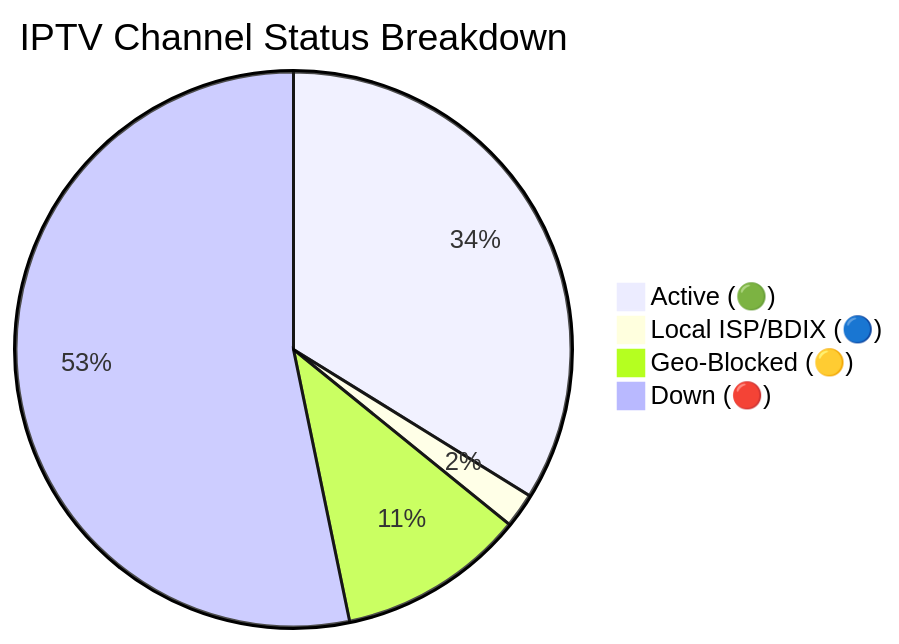
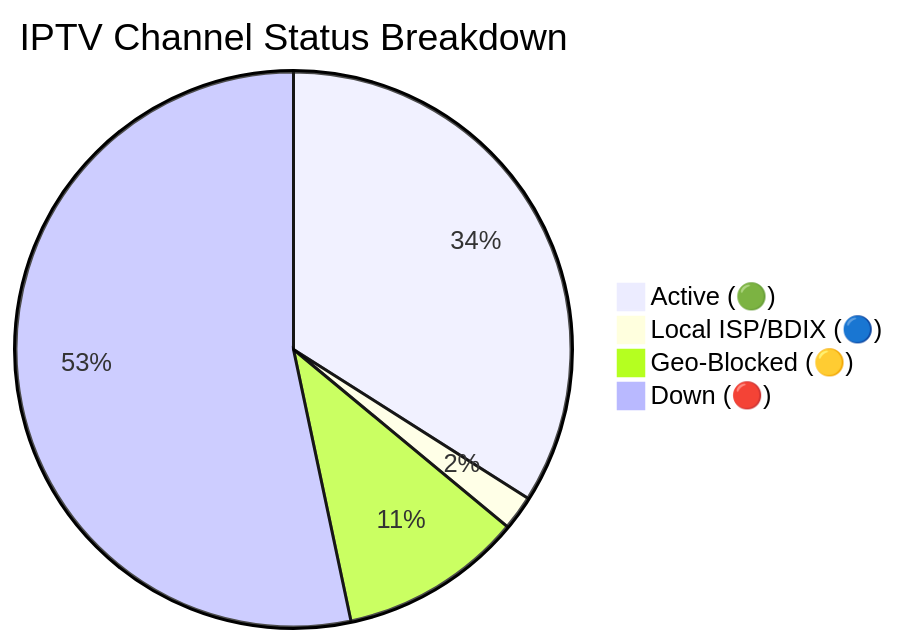
The diagram in README.md (andreataylord/Ip-tv-Collection), drawn with Mermaid before and after one commit. The commit also changed other lines of this file and 1 other file, not shown here.

Commit message:
docs(readme): auto-update daily channel status chart

````diff
--- a/README.md
+++ b/README.md
@@ -59,7 +59,7 @@
 ```mermaid
 pie title IPTV Channel Status Breakdown
-    "Active (🟢)" : 2150
+    "Active (🟢)" : 2161
     "Local ISP/BDIX (🔵)" : 128
-    "Geo-Blocked (🟡)" : 694
-    "Down (🔴)" : 3384
+    "Geo-Blocked (🟡)" : 678
+    "Down (🔴)" : 3389
 ```
````
